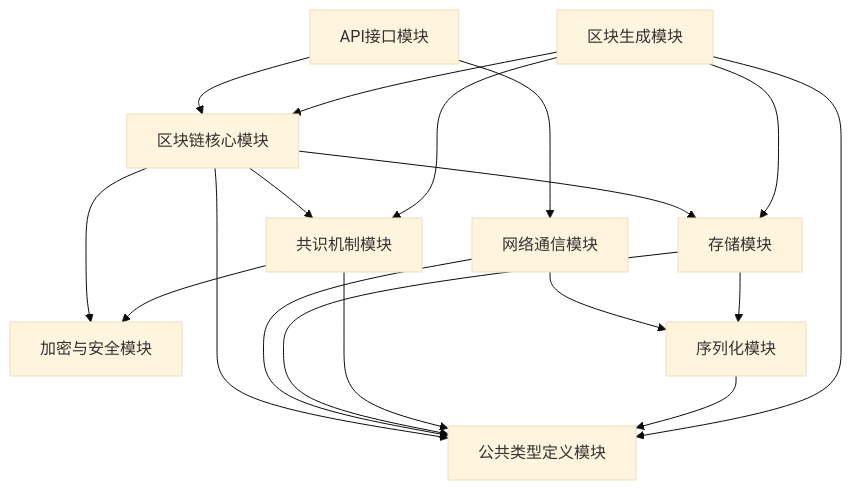
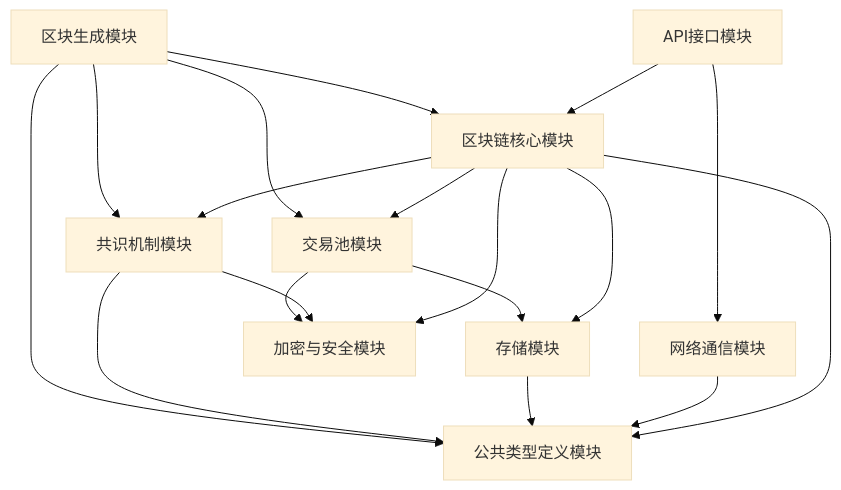
Before and after one commit to lengzhao/govm: the diagram in docs/module_structure.md, drawn with Mermaid (base theme). The commit also changed other lines of this file and 6 other files, not shown here.

````diff
--- a/docs/module_structure.md
+++ b/docs/module_structure.md
@@ -92,20 +95,20 @@
 ```mermaid
 graph TD
     A[API接口模块] --> B[区块链核心模块]
     A --> C[网络通信模块]
     B --> D[存储模块]
     B --> E[共识机制模块]
     B --> F[加密与安全模块]
     B --> G[公共类型定义模块]
-    C --> H[序列化模块]
+    B --> H[交易池模块]
     C --> G
-    D --> H
     D --> G
     E --> F
     E --> G
-    H --> G
+    H --> D
+    H --> F
     I[区块生成模块] --> B
     I --> E
-    I --> D
+    I --> H
     I --> G
 ```
````
